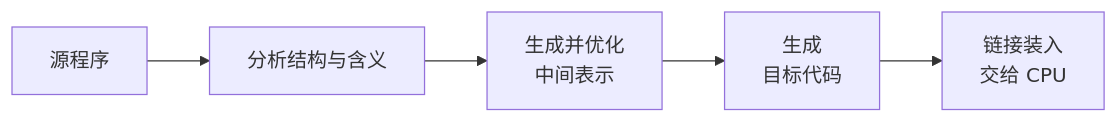
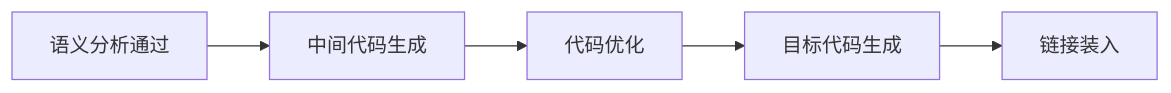
The second of 4 diagrams in 01_综合知识/01_计算机系统基础知识/04_计算机软件与语言/计算机语言-编译与解释.md (74262195/system-architect-notes), drawn with Mermaid before and after one commit. The commit also changed other lines of this file, not shown here.

Commit message:
恢复编译分析阶段图示

````diff
--- a/01_综合知识/01_计算机系统基础知识/04_计算机软件与语言/计算机语言-编译与解释.md
+++ b/01_综合知识/01_计算机系统基础知识/04_计算机软件与语言/计算机语言-编译与解释.md
@@ -64,7 +75,7 @@
 ```mermaid
 flowchart LR
-    A[源程序] --> B[分析结构与含义]
-    B --> C[生成并优化<br/>中间表示]
-    C --> D[生成<br/>目标代码]
-    D --> E[链接装入<br/>交给 CPU]
+    A[语义分析通过] --> B[中间代码生成]
+    B --> C[代码优化]
+    C --> D[目标代码生成]
+    D --> E[链接装入]
 ```
````
